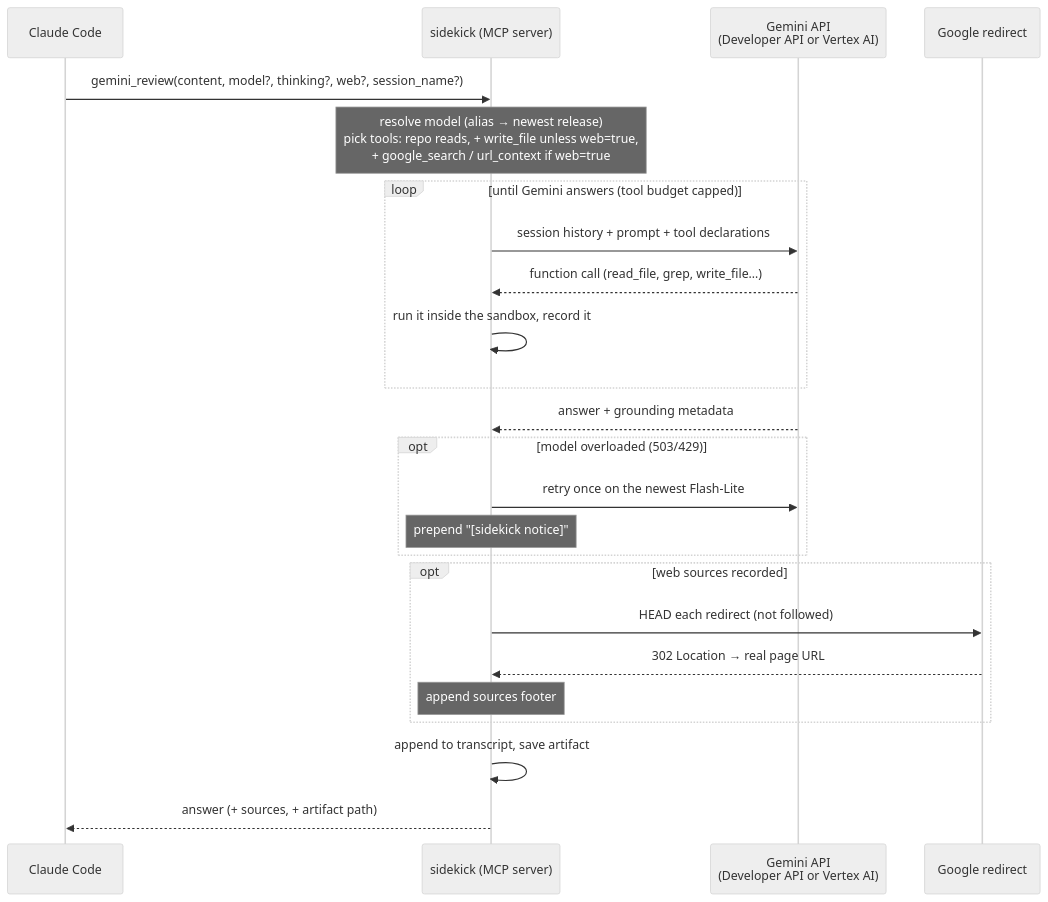
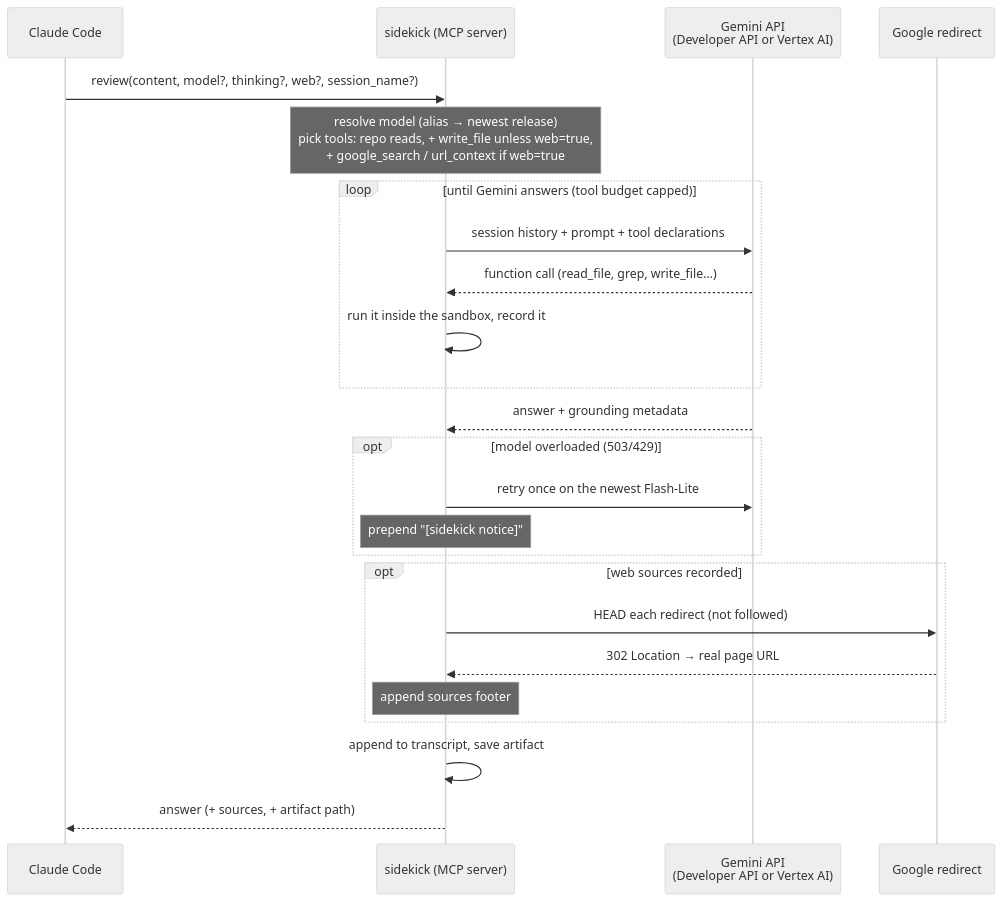
Before and after one commit to FlintAndFilament/gemini-bridge: the diagram in README.md, drawn with Mermaid (neutral theme). The commit also changed other lines of this file and 37 other files, not shown here.

````diff
--- a/README.md
+++ b/README.md
@@ -62,27 +62,27 @@
 ```mermaid
 sequenceDiagram
     participant CC as Claude Code
     participant S as sidekick (MCP server)
     participant G as Gemini API<br/>(Developer API or Vertex AI)
     participant R as Google redirect
 
-    CC->>S: gemini_review(content, model?, thinking?, web?, session_name?)
+    CC->>S: review(content, model?, thinking?, web?, session_name?)
     Note over S: resolve model (alias → newest release)<br/>pick tools: repo reads, + write_file unless web=true,<br/>+ google_search / url_context if web=true
     loop until Gemini answers (tool budget capped)
         S->>G: session history + prompt + tool declarations
         G-->>S: function call (read_file, grep, write_file…)
         S->>S: run it inside the sandbox, record it
     end
     G-->>S: answer + grounding metadata
     opt model overloaded (503/429)
         S->>G: retry once on the newest Flash-Lite
         Note over S: prepend "[sidekick notice]"
     end
     opt web sources recorded
         S->>R: HEAD each redirect (not followed)
         R-->>S: 302 Location → real page URL
         Note over S: append sources footer
     end
     S->>S: append to transcript, save artifact
     S-->>CC: answer (+ sources, + artifact path)
 ```
````
